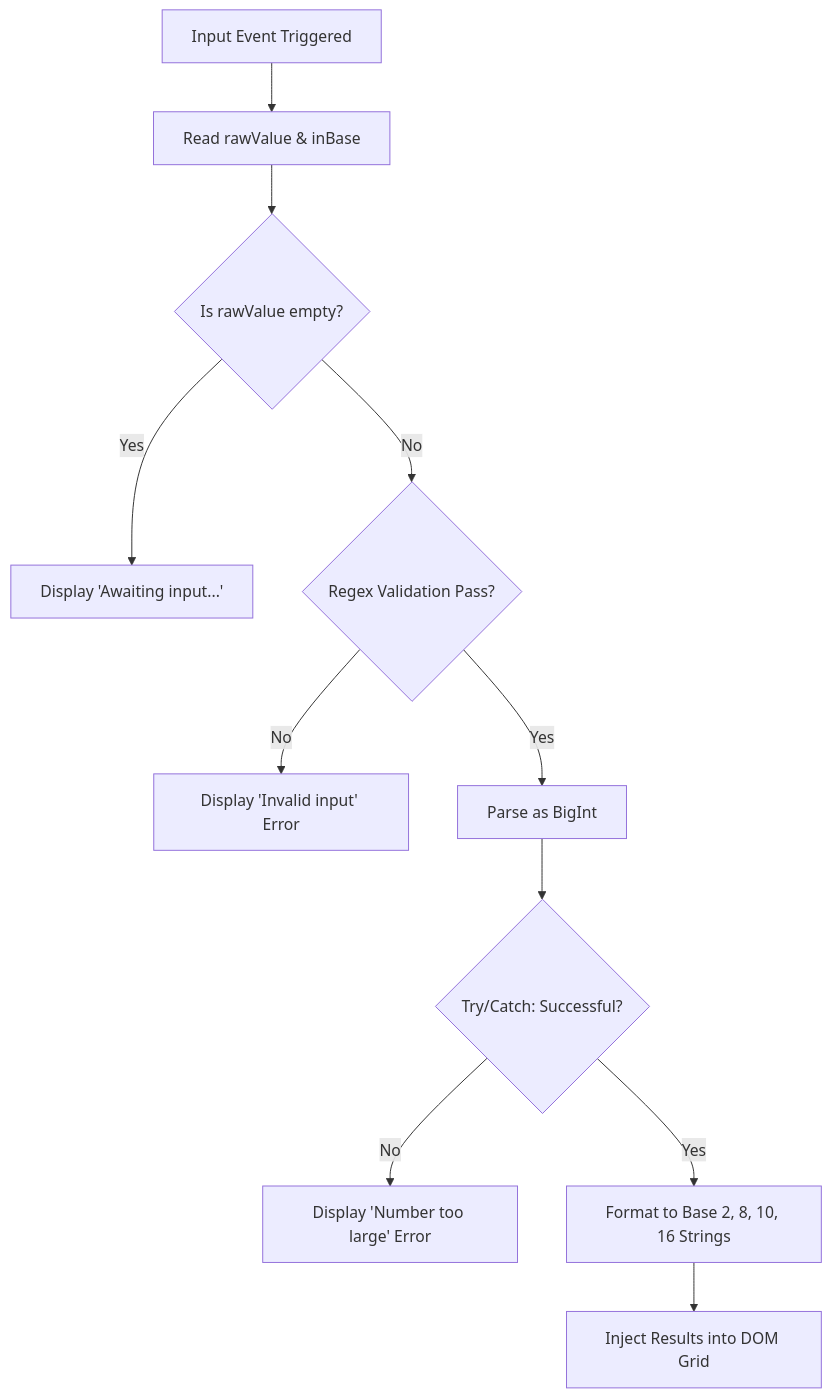
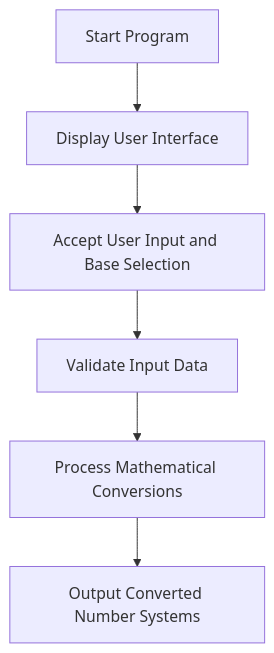
Before and after one commit to dontstaycozy/Number-System-Converter: the diagram in README.md, drawn with Mermaid.

````diff
--- a/README.md
+++ b/README.md
@@ -87,13 +87,8 @@
 ```mermaid
 graph TD
-  A[Input Event Triggered] --> B[Read rawValue & inBase]
-  B --> C{Is rawValue empty?}
-  C -- Yes --> D[Display 'Awaiting input...']
-  C -- No --> E{Regex Validation Pass?}
-  E -- No --> F[Display 'Invalid input' Error]
-  E -- Yes --> G[Parse as BigInt]
-  G --> H{Try/Catch: Successful?}
-  H -- No --> I[Display 'Number too large' Error]
-  H -- Yes --> J[Format to Base 2, 8, 10, 16 Strings]
-  J --> K[Inject Results into DOM Grid]
+  A[Start Program] --> B[Display User Interface]
+  B --> C[Accept User Input and Base Selection]
+  C --> D[Validate Input Data]
+  D --> E[Process Mathematical Conversions]
+  E --> F[Output Converted Number Systems]
 ```
````
